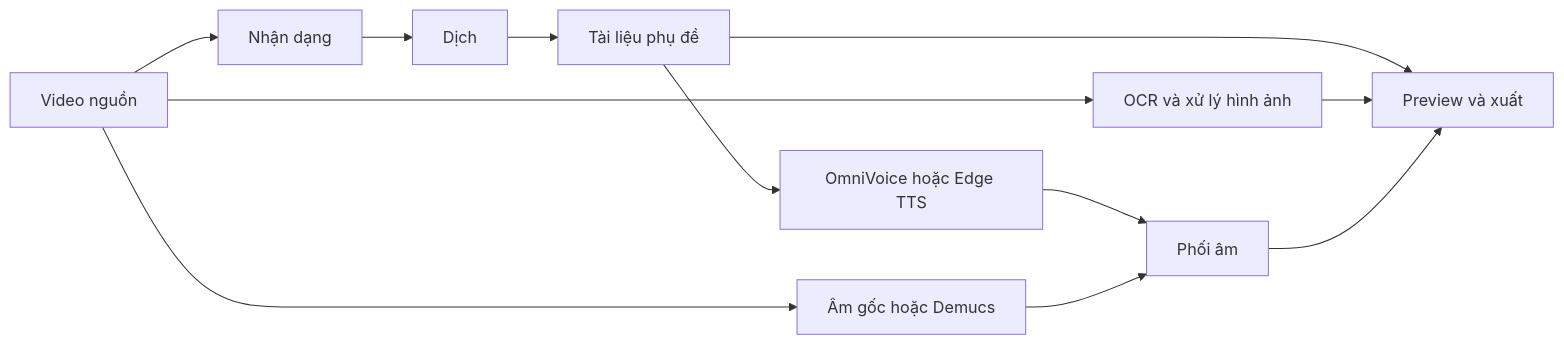
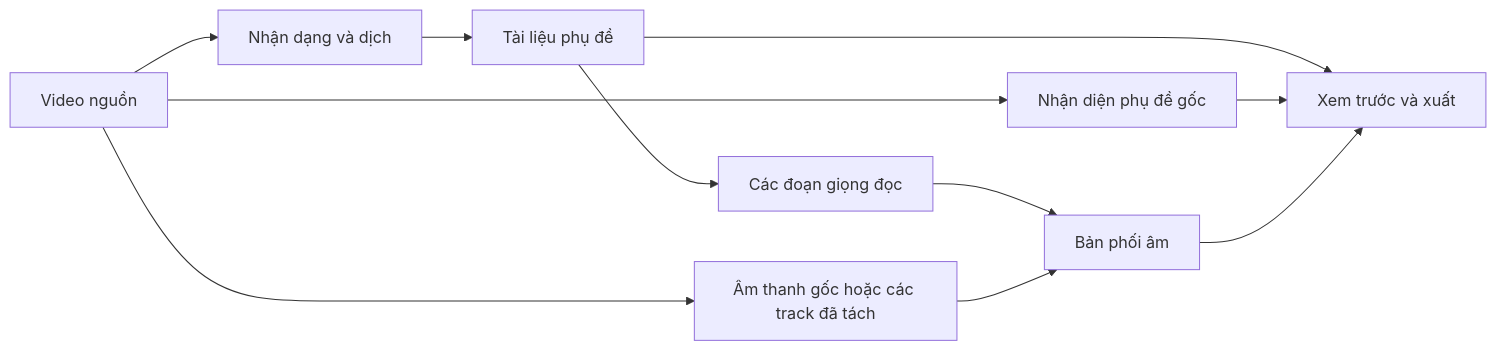
Before and after one commit to MachHongHai/HaizFlow: the diagram in README.vi.md, drawn with Mermaid. The commit also changed other lines of this file and 106 other files, not shown here.

````diff
--- a/README.vi.md
+++ b/README.vi.md
@@ -53,14 +96,13 @@
 ```mermaid
 flowchart LR
-    A[Video nguồn] --> B[Nhận dạng]
-    B --> C[Dịch]
-    C --> D[Tài liệu phụ đề]
-    D --> E[OmniVoice hoặc Edge TTS]
-    A --> F[OCR và xử lý hình ảnh]
-    A --> G[Âm gốc hoặc Demucs]
-    E --> H[Phối âm]
-    G --> H
-    D --> I[Preview và xuất]
-    F --> I
-    H --> I
+    A[Video nguồn] --> B[Nhận dạng và dịch]
+    B --> C[Tài liệu phụ đề]
+    C --> D[Các đoạn giọng đọc]
+    A --> E[Nhận diện phụ đề gốc]
+    A --> F[Âm thanh gốc hoặc các track đã tách]
+    C --> G[Xem trước và xuất]
+    D --> H[Bản phối âm]
+    F --> H
+    E --> G
+    H --> G
 ```
````
